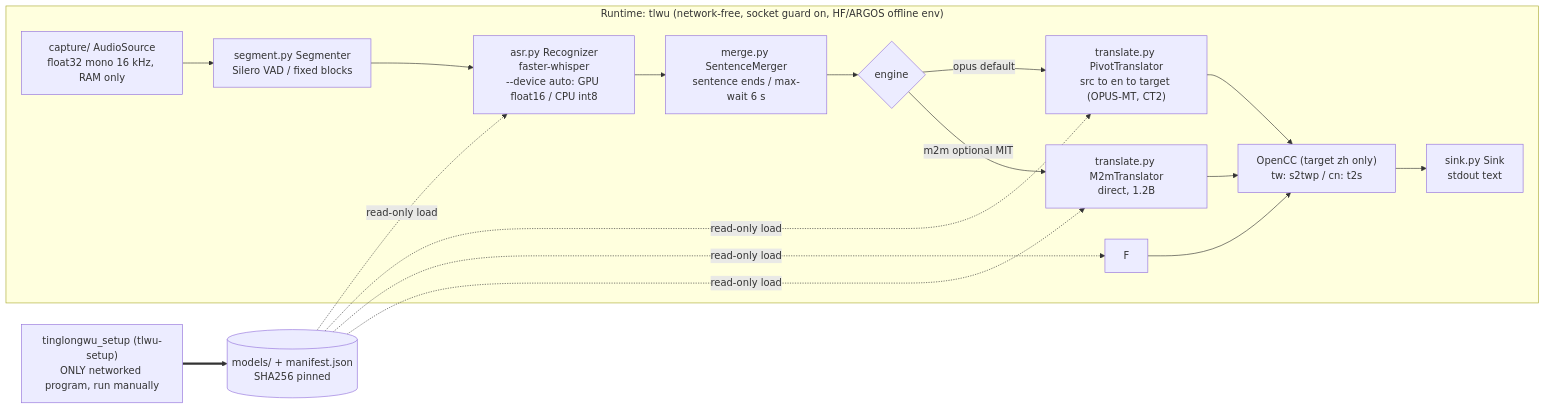
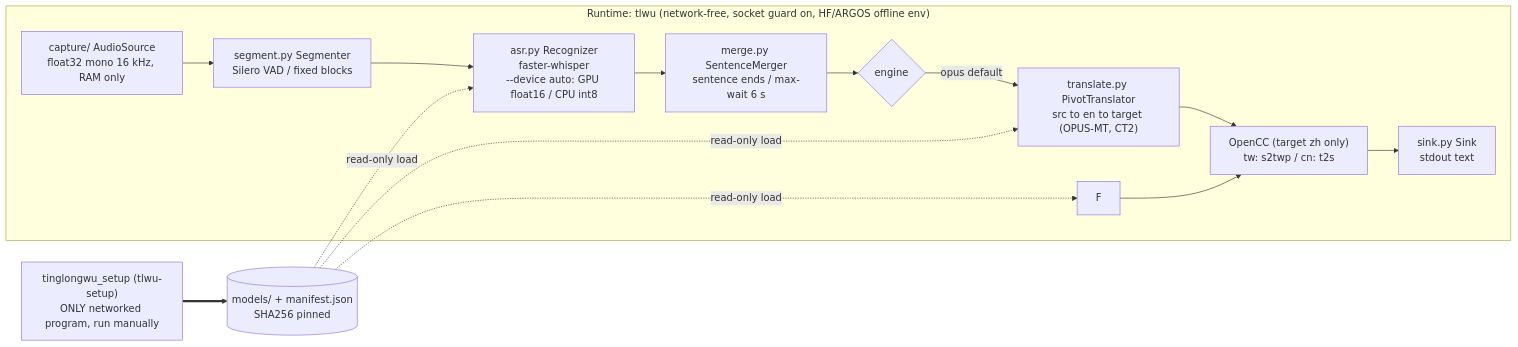
The diagram in docs/ARCHITECTURE.md (sunososobro-hub/tinglongwu), drawn with Mermaid before and after one commit. The commit also changed other lines of this file and 24 other files, not shown here.

````diff
--- a/docs/ARCHITECTURE.md
+++ b/docs/ARCHITECTURE.md
@@ -11,20 +11,17 @@
 ```mermaid
 flowchart LR
   subgraph RT["Runtime: tlwu (network-free, socket guard on, HF/ARGOS offline env)"]
     A["capture/ AudioSource<br/>float32 mono 16 kHz, RAM only"] --> B["segment.py Segmenter<br/>Silero VAD / fixed blocks"]
     B --> C["asr.py Recognizer<br/>faster-whisper<br/>--device auto: GPU float16 / CPU int8"]
     C --> MG["merge.py SentenceMerger<br/>sentence ends / max-wait 6 s"]
     MG --> D{"engine"}
     D -->|opus default| E["translate.py PivotTranslator<br/>src to en to target (OPUS-MT, CT2)"]
-    D -->|m2m optional MIT| F2["translate.py M2mTranslator<br/>direct, 1.2B"]
     E --> G["OpenCC (target zh only)<br/>tw: s2twp / cn: t2s"]
     F --> G
-    F2 --> G
     G --> H["sink.py Sink<br/>stdout text"]
   end
   M[("models/ + manifest.json<br/>SHA256 pinned")] -. "read-only load" .-> C
   M -. "read-only load" .-> E
   M -. "read-only load" .-> F
-  M -. "read-only load" .-> F2
   DL["tinglongwu_setup (tlwu-setup)<br/>ONLY networked program, run manually"] ==> M
 ```
````
